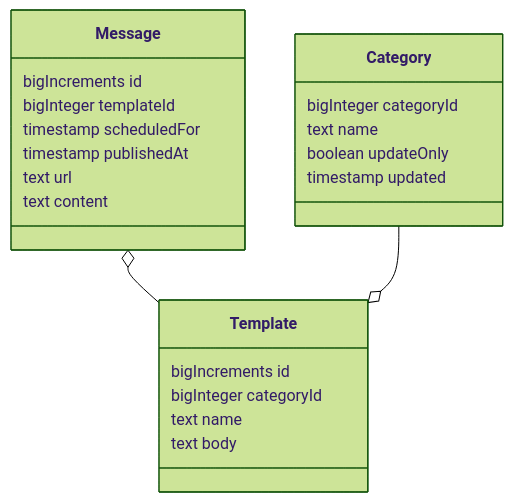
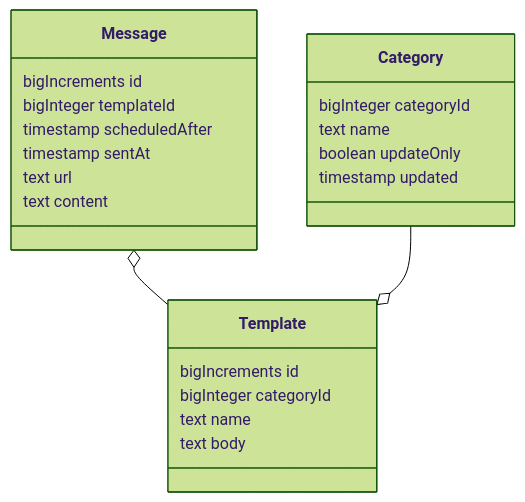
Before and after one commit to MichinobuMaeda/squirrelwheel: the diagram in README.md, drawn with Mermaid (forest theme). The commit also changed other lines of this file, not shown here.

````diff
--- a/README.md
+++ b/README.md
@@ -36,25 +36,25 @@
 ```mermaid
 classDiagram
 class Category {
     bigInteger categoryId
     text name
     boolean updateOnly
     timestamp updated
 }
 class Message {
     bigIncrements id
     bigInteger templateId
-    timestamp scheduledFor
-    timestamp publishedAt
+    timestamp scheduledAfter
+    timestamp sentAt
     text url
     text content
 }
 class Template {
     bigIncrements id
     bigInteger categoryId
     text name
     text body
 }
 Message o-- Template
 Category --o Template
 ```
````
